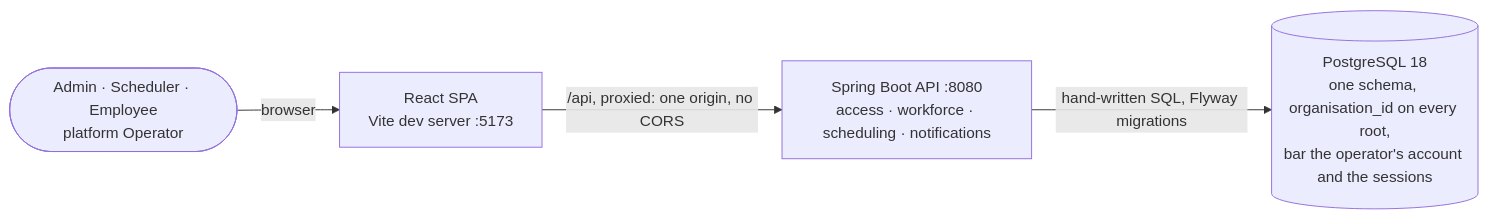
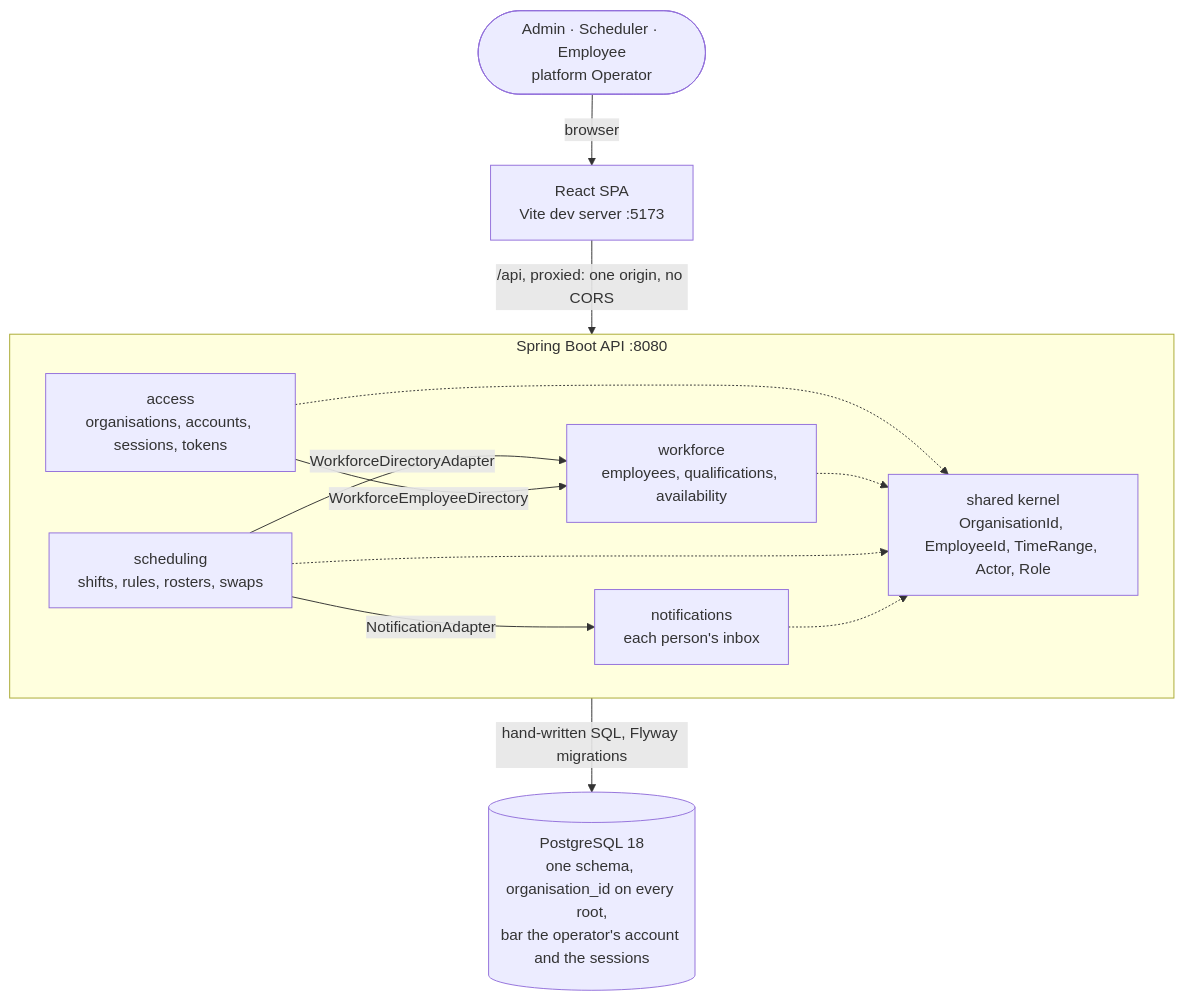
Before and after one commit to NaimElijah/HrSched: the diagram in README.md, drawn with Mermaid. The commit also changed other lines of this file and 1 other file, not shown here.

Commit message:
docs(readme): show the generated roster first, and the containers below
The first screen showed a diagram of boxes for a project with a UI, so
an evaluator could not tell the UI was real. It now shows the Rosters
page: a draft generated for four days, checked against the rules and
scored against the objectives. The screenshot comes from the real stack
on a throwaway database, seeded with invented names and invented rule
values. The UI declares a light colour scheme only, so one image serves
both GitHub themes.

The container diagram moves into Architecture, merged with the context
diagram, so one picture shows browser, SPA, API contexts and database.

Refs #260

````diff
--- a/README.md
+++ b/README.md
@@ -17,11 +72,21 @@
 ```mermaid
-flowchart LR
+flowchart TB
     people(["Admin · Scheduler · Employee<br/>platform Operator"])
     spa["React SPA<br/>Vite dev server :5173"]
-    api["Spring Boot API :8080<br/>access · workforce · scheduling · notifications"]
     db[("PostgreSQL 18<br/>one schema, organisation_id on every root,<br/>bar the operator's account and the sessions")]
+    subgraph api ["Spring Boot API :8080"]
+        access["access<br/>organisations, accounts, sessions, tokens"]
+        workforce["workforce<br/>employees, qualifications, availability"]
+        scheduling["scheduling<br/>shifts, rules, rosters, swaps"]
+        notifications["notifications<br/>each person's inbox"]
+        kernel["shared kernel<br/>OrganisationId, EmployeeId, TimeRange, Actor, Role"]
+        scheduling -->|"WorkforceDirectoryAdapter"| workforce
+        scheduling -->|"NotificationAdapter"| notifications
+        access -->|"WorkforceEmployeeDirectory"| workforce
+        access & workforce & scheduling & notifications -.-> kernel
+    end
 
     people -->|browser| spa
     spa -->|"/api, proxied: one origin, no CORS"| api
     api -->|"hand-written SQL, Flyway migrations"| db
 ```
````
